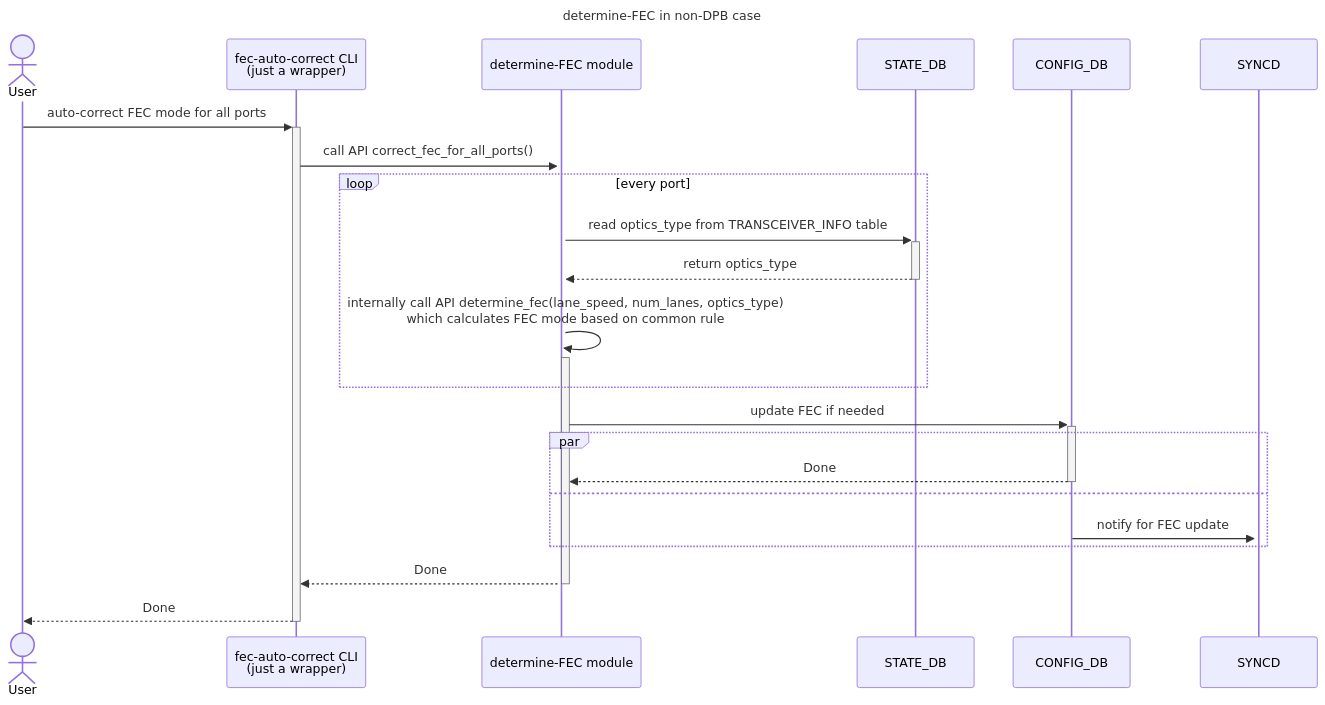
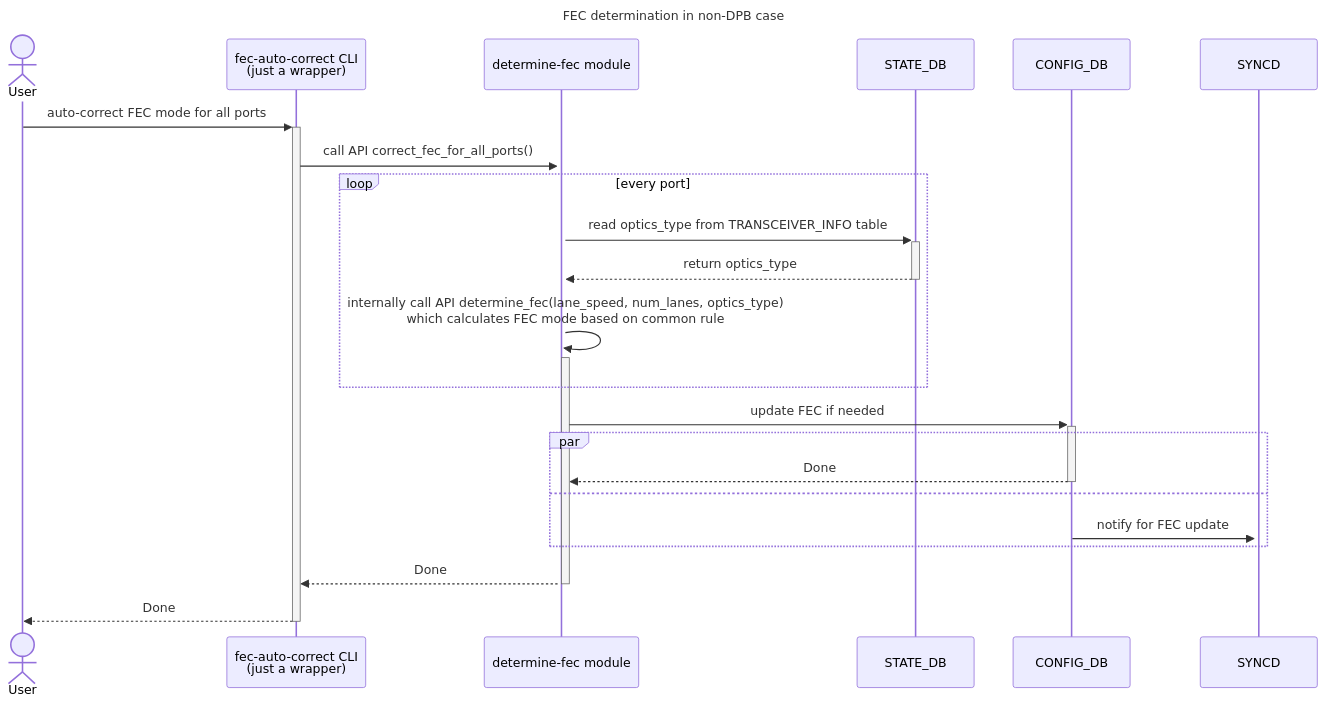
The second of 2 diagrams in doc/port-fec/fec-auto-determination.md (sonic-net/SONiC), drawn with Mermaid before and after one commit. The commit also changed other lines of this file, not shown here.

````diff
--- a/doc/port-fec/fec-auto-determination.md
+++ b/doc/port-fec/fec-auto-determination.md
@@ -143,32 +143,32 @@
 ```mermaid
 sequenceDiagram
-    title determine-FEC in non-DPB case
+    title FEC determination in non-DPB case
 
     actor user as User
     participant fec_correct_cli as fec-auto-correct CLI <BR> (just a wrapper)
-    participant determine_fec as determine-FEC module
+    participant determine_fec as determine-fec module
     participant state_db as STATE_DB
     participant config_db as CONFIG_DB
     participant syncd as SYNCD
 
     user ->>+ fec_correct_cli: auto-correct FEC mode for all ports
     fec_correct_cli ->>+ determine_fec: call API correct_fec_for_all_ports()
 
     loop every port
         determine_fec ->>+ state_db: read optics_type from TRANSCEIVER_INFO table
         state_db -->>- determine_fec: return optics_type
         determine_fec ->>+ determine_fec: internally call API determine_fec(lane_speed, num_lanes, optics_type) <BR> which calculates FEC mode based on common rule
     end
 
     determine_fec ->>+ config_db: update FEC if needed
 
     par
         config_db -->>- determine_fec: Done
     and
         config_db ->>+ syncd: notify for FEC update
     end
 
     determine_fec -->>- fec_correct_cli: Done
     fec_correct_cli -->>- user: Done
 
 ```
````
